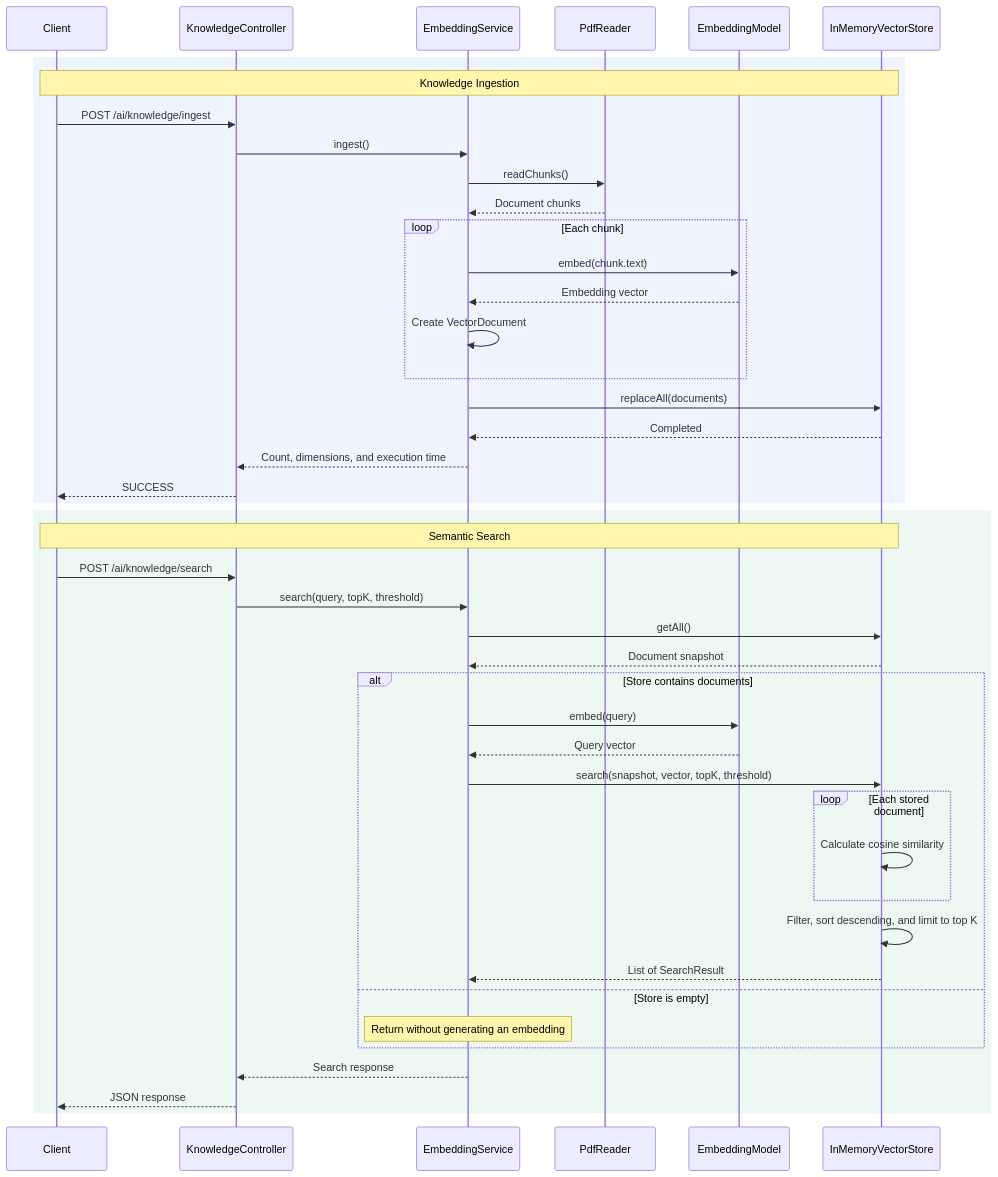
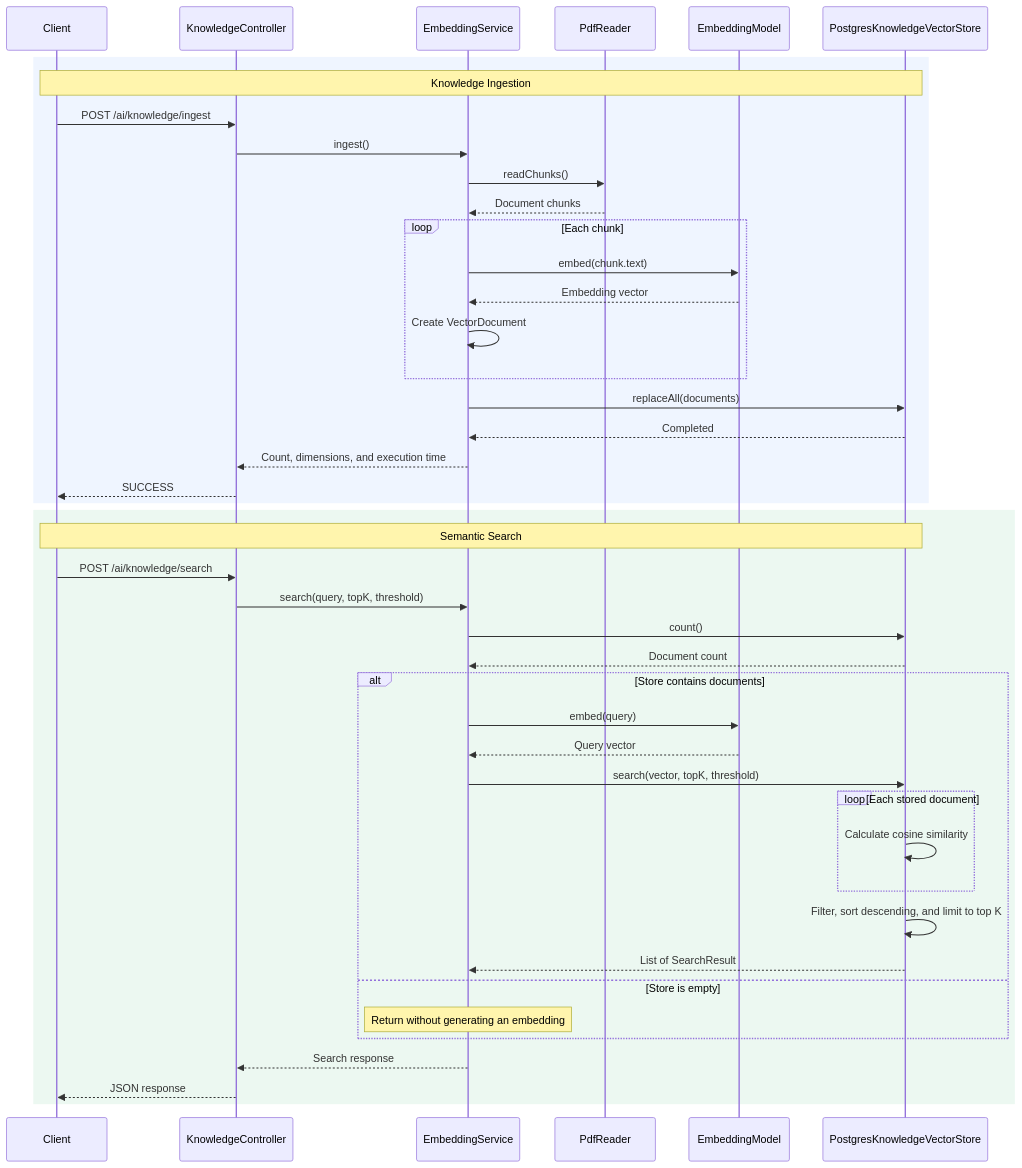
Before and after one commit to GomathiTechnologies/product-catalog-web: the diagram in README.md, drawn with Mermaid. The commit also changed other lines of this file, not shown here.

Commit message:
Add chat and development setup

````diff
--- a/README.md
+++ b/README.md
@@ -78,48 +78,48 @@
 ```mermaid
 sequenceDiagram
     participant C as Client
     participant KC as KnowledgeController
     participant ES as EmbeddingService
     participant PR as PdfReader
     participant EM as EmbeddingModel
-    participant VS as InMemoryVectorStore
+    participant VS as PostgresKnowledgeVectorStore
 
     rect rgba(59,130,246,0.08)
         Note over C,VS: Knowledge Ingestion
         C->>KC: POST /ai/knowledge/ingest
         KC->>ES: ingest()
         ES->>PR: readChunks()
         PR-->>ES: Document chunks
         loop Each chunk
             ES->>EM: embed(chunk.text)
             EM-->>ES: Embedding vector
             ES->>ES: Create VectorDocument
         end
         ES->>VS: replaceAll(documents)
         VS-->>ES: Completed
         ES-->>KC: Count, dimensions, and execution time
         KC-->>C: SUCCESS
     end
 
     rect rgba(22,163,74,0.08)
         Note over C,VS: Semantic Search
         C->>KC: POST /ai/knowledge/search
         KC->>ES: search(query, topK, threshold)
-        ES->>VS: getAll()
-        VS-->>ES: Document snapshot
+        ES->>VS: count()
+        VS-->>ES: Document count
         alt Store contains documents
             ES->>EM: embed(query)
             EM-->>ES: Query vector
-            ES->>VS: search(snapshot, vector, topK, threshold)
+            ES->>VS: search(vector, topK, threshold)
             loop Each stored document
                 VS->>VS: Calculate cosine similarity
             end
             VS->>VS: Filter, sort descending, and limit to top K
             VS-->>ES: List of SearchResult
         else Store is empty
             Note over ES: Return without generating an embedding
         end
         ES-->>KC: Search response
         KC-->>C: JSON response
     end
 ```
````
